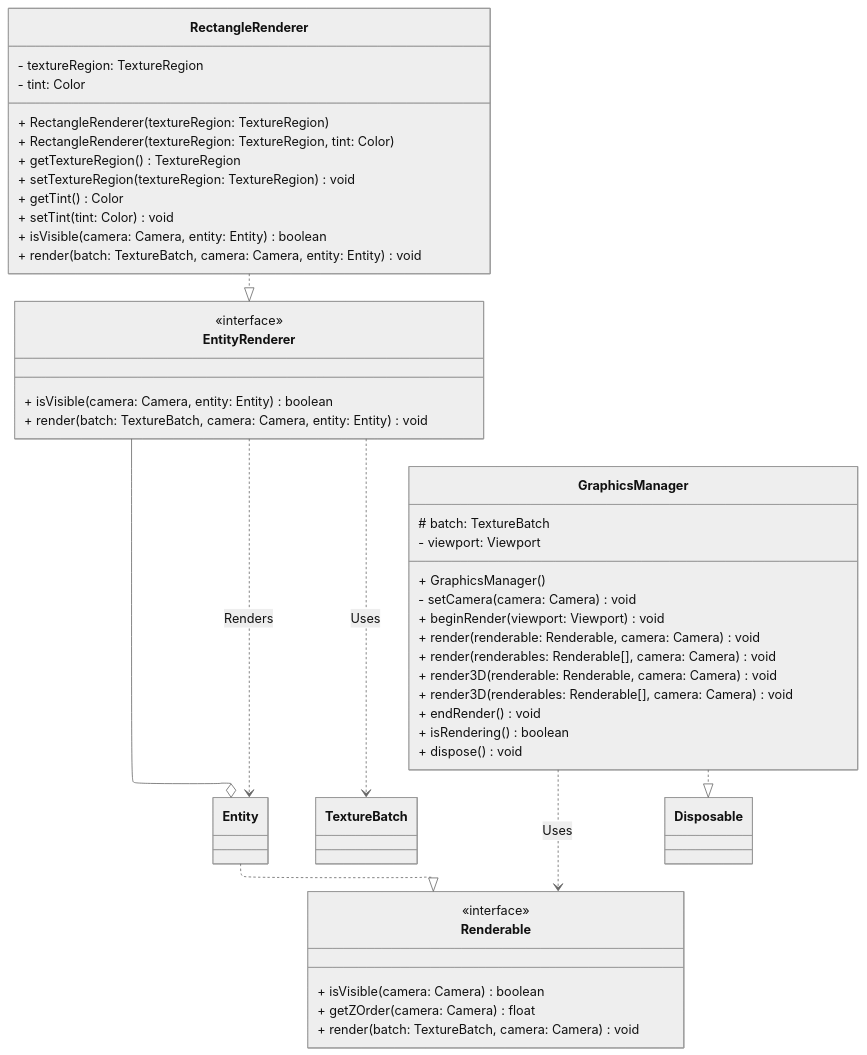
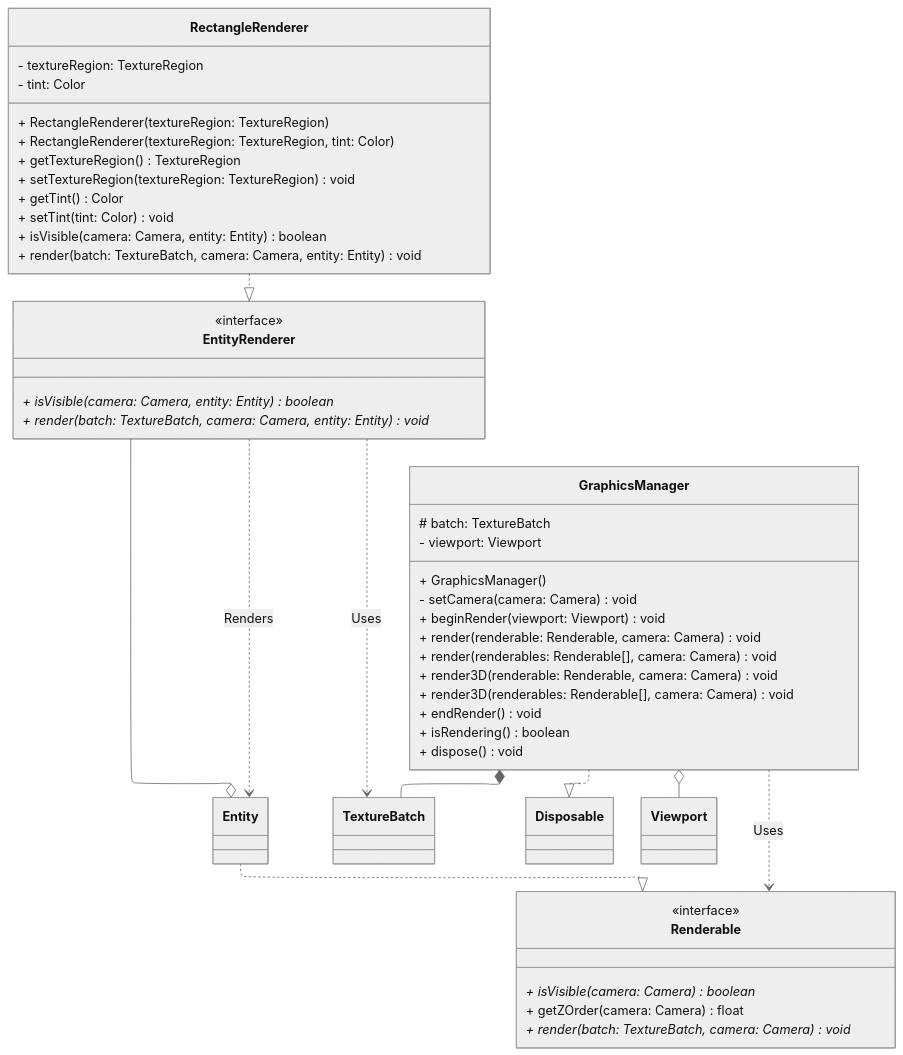
The diagram in class-diagram/engine/graphics.mmd (TemariVirus/harbour-franca), drawn with Mermaid before and after one commit. The commit also changed 8 other files, not shown here.

Commit message:
Update class diagrams

```diff
--- a/class-diagram/engine/graphics.mmd
+++ b/class-diagram/engine/graphics.mmd
@@ -1,63 +1,65 @@
 ---
 config:
     theme: neutral
     layout: elk
     defaultRenderer: elk
     elk:
         nodePlacementStrategy: NETWORK_SIMPLEX
 ---
 
 classDiagram
     EntityRenderer ..> Entity: Renders
     EntityRenderer ..> TextureBatch: Uses
     EntityRenderer --o Entity
     Entity ..|> Renderable
     GraphicsManager ..|> Disposable
     GraphicsManager ..> Renderable: Uses
+    GraphicsManager *-- TextureBatch
+    GraphicsManager o-- Viewport
     RectangleRenderer ..|> EntityRenderer
 
 
     class EntityRenderer {
         <<interface>>
 
-        + isVisible(camera: Camera, entity: Entity) boolean
-        + render(batch: TextureBatch, camera: Camera, entity: Entity) void
+        + isVisible(camera: Camera, entity: Entity)* boolean
+        + render(batch: TextureBatch, camera: Camera, entity: Entity)* void
     }
 
     class GraphicsManager {
         # batch: TextureBatch
         - viewport: Viewport
 
         + GraphicsManager()
         - setCamera(camera: Camera) void
         + beginRender(viewport: Viewport) void
         + render(renderable: Renderable, camera: Camera) void
         + render(renderables: Renderable[], camera: Camera) void
         + render3D(renderable: Renderable, camera: Camera) void
         + render3D(renderables: Renderable[], camera: Camera) void
         + endRender() void
         + isRendering() boolean
         + dispose() void
     }
 
     class RectangleRenderer {
         - textureRegion: TextureRegion
         - tint: Color
 
         + RectangleRenderer(textureRegion: TextureRegion)
         + RectangleRenderer(textureRegion: TextureRegion, tint: Color)
         + getTextureRegion() TextureRegion
         + setTextureRegion(textureRegion: TextureRegion) void
         + getTint() Color
         + setTint(tint: Color) void
         + isVisible(camera: Camera, entity: Entity) boolean
         + render(batch: TextureBatch, camera: Camera, entity: Entity) void
     }
 
     class Renderable {
         <<interface>>
 
-        + isVisible(camera: Camera) boolean
+        + isVisible(camera: Camera)* boolean
         + getZOrder(camera: Camera) float
-        + render(batch: TextureBatch, camera: Camera) void
+        + render(batch: TextureBatch, camera: Camera)* void
     }
```
